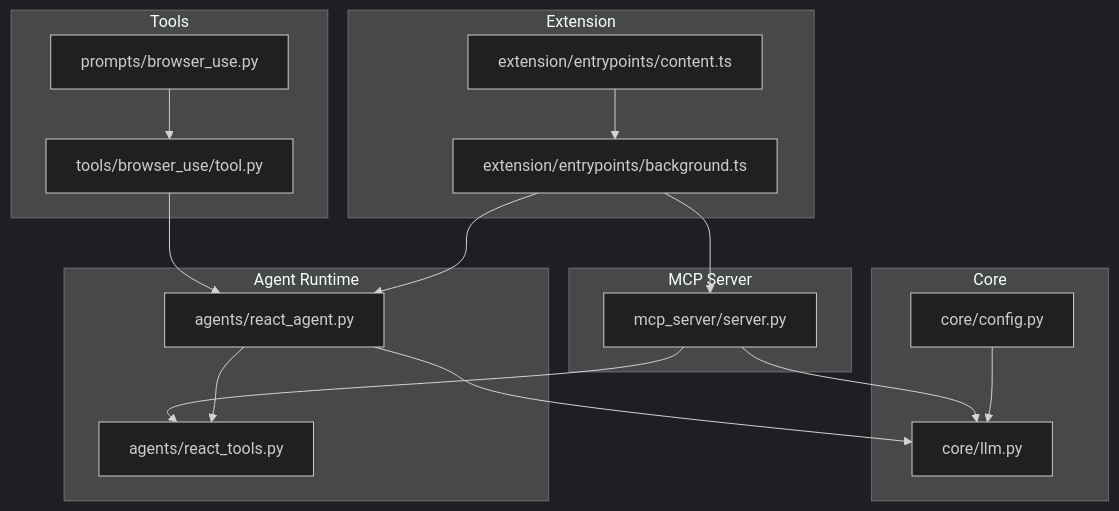
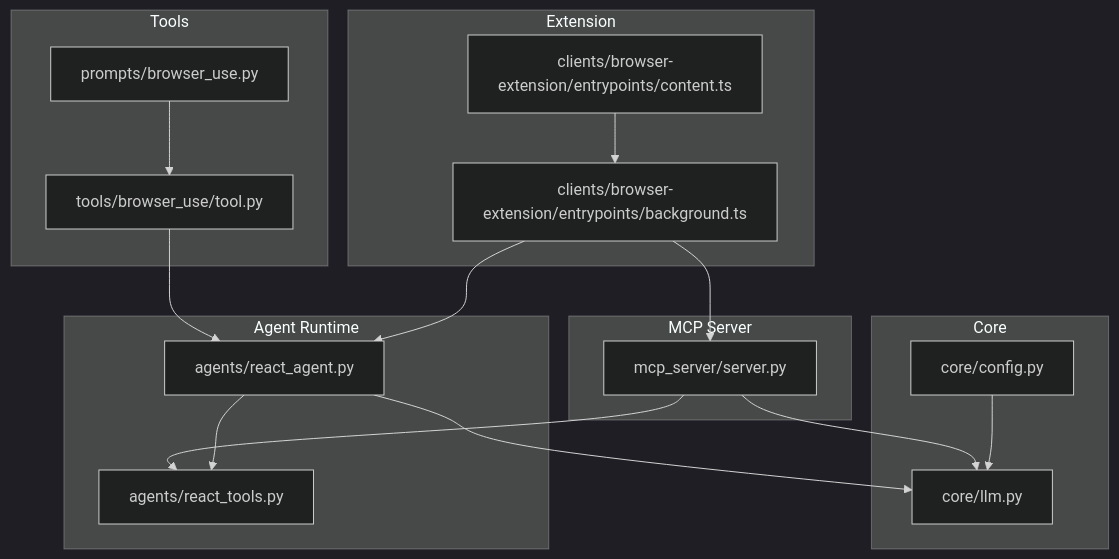
The first of 8 diagrams in src/data/docs/agentic-browser/Project Overview.md (tashifkhan/tashif.codes), drawn with Mermaid (dark theme) before and after one commit. The commit also changed other lines of this file and 2128 other files, not shown here.

First line of the commit message:
docs: replace raster diagram images with native Mermaid across project guides

````diff
--- a/src/data/docs/agentic-browser/Project Overview.md
+++ b/src/data/docs/agentic-browser/Project Overview.md
@@ -15,32 +16,32 @@
 ```mermaid
 graph TB
 subgraph "Core"
 CFG["core/config.py"]
 LLM["core/llm.py"]
 end
 subgraph "Agent Runtime"
 RA["agents/react_agent.py"]
 RT["agents/react_tools.py"]
 end
 subgraph "MCP Server"
 MCP["mcp_server/server.py"]
 end
 subgraph "Extension"
-BG["extension/entrypoints/background.ts"]
-CT["extension/entrypoints/content.ts"]
+BG["clients/browser-extension/entrypoints/background.ts"]
+CT["clients/browser-extension/entrypoints/content.ts"]
 end
 subgraph "Tools"
 BA["tools/browser_use/tool.py"]
 PU["prompts/browser_use.py"]
 end
 CFG --> LLM
 RA --> RT
 RA --> LLM
 MCP --> LLM
 MCP --> RT
 BG --> RA
 BG --> MCP
 BA --> RA
 PU --> BA
 CT --> BG
 ```
````
